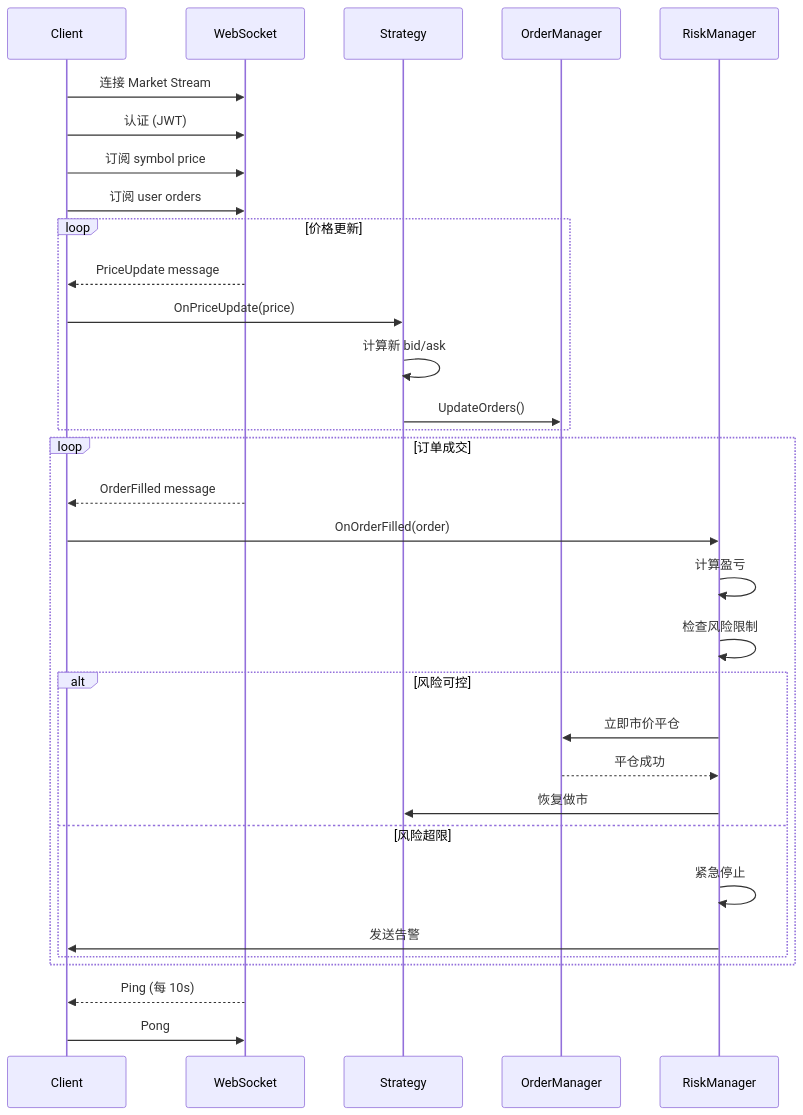
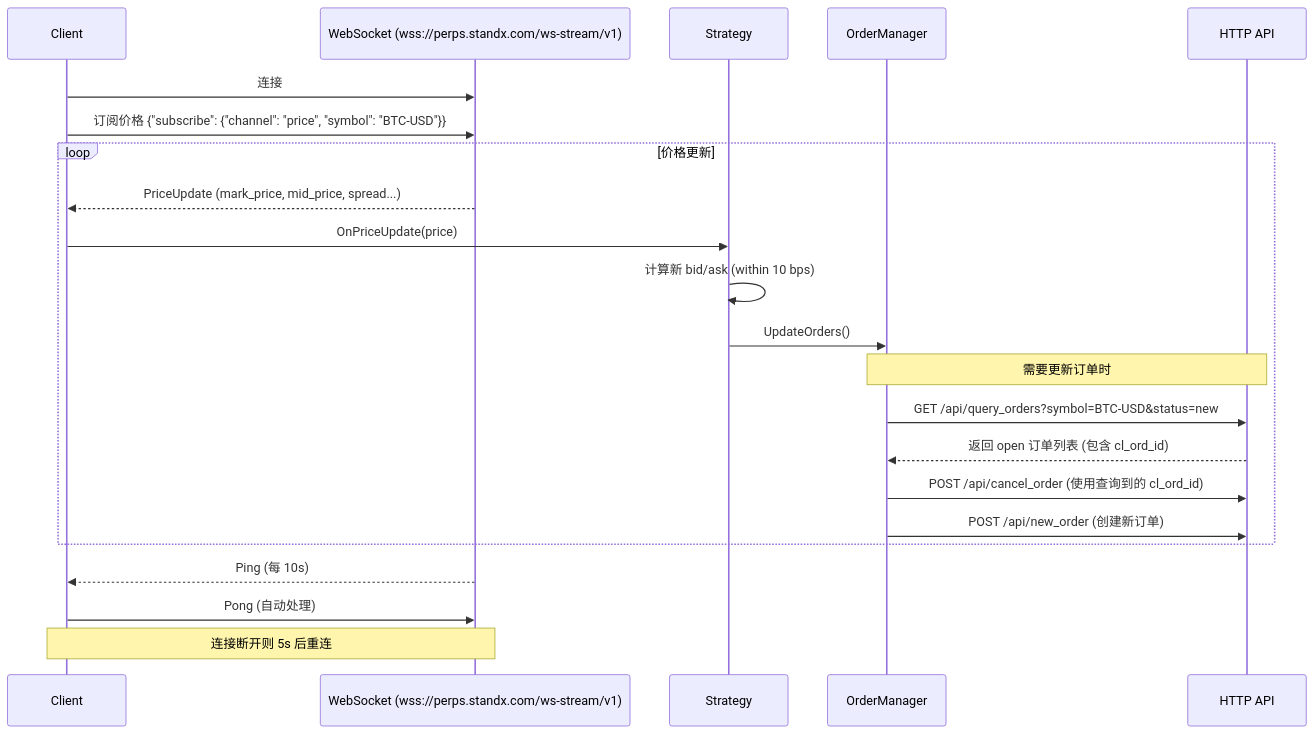
One commit to cbl315/standx-liquidity-market-maker changed the third of 3 diagrams in docs/architecture.md. Above: the diagram before and after it, drawn with Mermaid. The commit also changed other lines of this file and 16 other files, not shown here.

````diff
--- a/docs/architecture.md
+++ b/docs/architecture.md
@@ -436,38 +716,29 @@
 ```mermaid
 sequenceDiagram
     participant C as Client
-    participant WS as WebSocket
+    participant WS as WebSocket (wss://perps.standx.com/ws-stream/v1)
     participant S as Strategy
     participant O as OrderManager
-    participant R as RiskManager
+    participant API as HTTP API
 
-    C->>WS: 连接 Market Stream
-    C->>WS: 认证 (JWT)
-    C->>WS: 订阅 symbol price
-    C->>WS: 订阅 user orders
+    C->>WS: 连接
+    C->>WS: 订阅价格 {"subscribe": {"channel": "price", "symbol": "BTC-USD"}}
 
     loop 价格更新
-        WS-->>C: PriceUpdate message
+        WS-->>C: PriceUpdate (mark_price, mid_price, spread...)
         C->>S: OnPriceUpdate(price)
-        S->>S: 计算新 bid/ask
+        S->>S: 计算新 bid/ask (within 10 bps)
         S->>O: UpdateOrders()
-    end
 
-    loop 订单成交
-        WS-->>C: OrderFilled message
-        C->>R: OnOrderFilled(order)
-        R->>R: 计算盈亏
-        R->>R: 检查风险限制
-        alt 风险可控
-            R->>O: 立即市价平仓
-            O-->>R: 平仓成功
-            R->>S: 恢复做市
-        else 风险超限
-            R->>R: 紧急停止
-            R->>C: 发送告警
-        end
+        Note over O,API: 需要更新订单时
+        O->>API: GET /api/query_orders?symbol=BTC-USD&status=new
+        API-->>O: 返回 open 订单列表 (包含 cl_ord_id)
+        O->>API: POST /api/cancel_order (使用查询到的 cl_ord_id)
+        O->>API: POST /api/new_order (创建新订单)
     end
 
     WS-->>C: Ping (每 10s)
-    C->>WS: Pong
+    C->>WS: Pong (自动处理)
+
+    Note over C,WS: 连接断开则 5s 后重连
 ```
````
